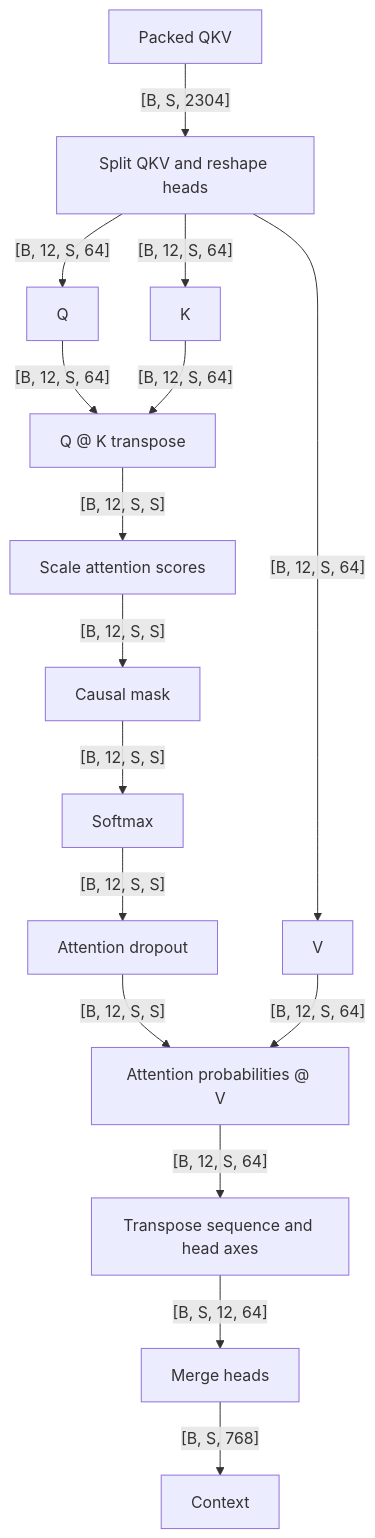
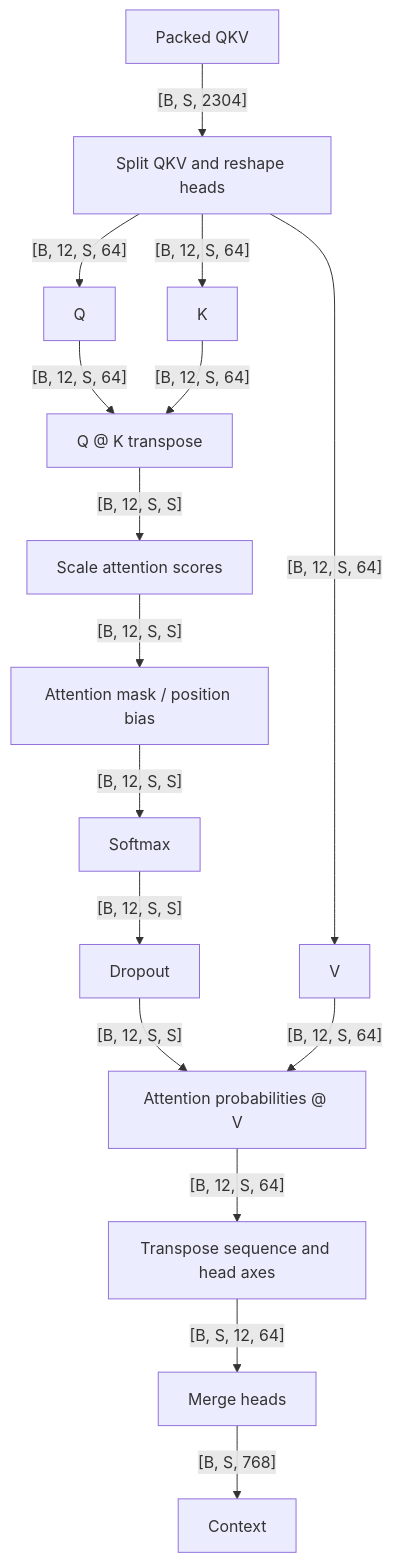
One commit to pranavsinghpatil/model-anatomy changed the diagram in output/gpt2/attention_core.mmd. Above: the diagram before and after it, drawn with Mermaid. The commit also changed 27 other files, not shown here.

```diff
--- a/output/gpt2/attention_core.mmd
+++ b/output/gpt2/attention_core.mmd
@@ -1,30 +1,30 @@
 flowchart TD
     n0["Packed QKV"]
     n1["Split QKV and reshape heads"]
     n2["Q"]
     n3["K"]
     n4["V"]
     n5["Q @ K transpose"]
     n6["Scale attention scores"]
-    n7["Causal mask"]
+    n7["Attention mask / position bias"]
     n8["Softmax"]
-    n9["Attention dropout"]
+    n9["Dropout"]
     n10["Attention probabilities @ V"]
     n11["Transpose sequence and head axes"]
     n12["Merge heads"]
     n13["Context"]
     n0 -->|"[B, S, 2304]"| n1
     n1 -->|"[B, 12, S, 64]"| n2
     n1 -->|"[B, 12, S, 64]"| n3
     n1 -->|"[B, 12, S, 64]"| n4
     n2 -->|"[B, 12, S, 64]"| n5
     n3 -->|"[B, 12, S, 64]"| n5
     n5 -->|"[B, 12, S, S]"| n6
     n6 -->|"[B, 12, S, S]"| n7
     n7 -->|"[B, 12, S, S]"| n8
     n8 -->|"[B, 12, S, S]"| n9
     n9 -->|"[B, 12, S, S]"| n10
     n4 -->|"[B, 12, S, 64]"| n10
     n10 -->|"[B, 12, S, 64]"| n11
     n11 -->|"[B, S, 12, 64]"| n12
     n12 -->|"[B, S, 768]"| n13
```
